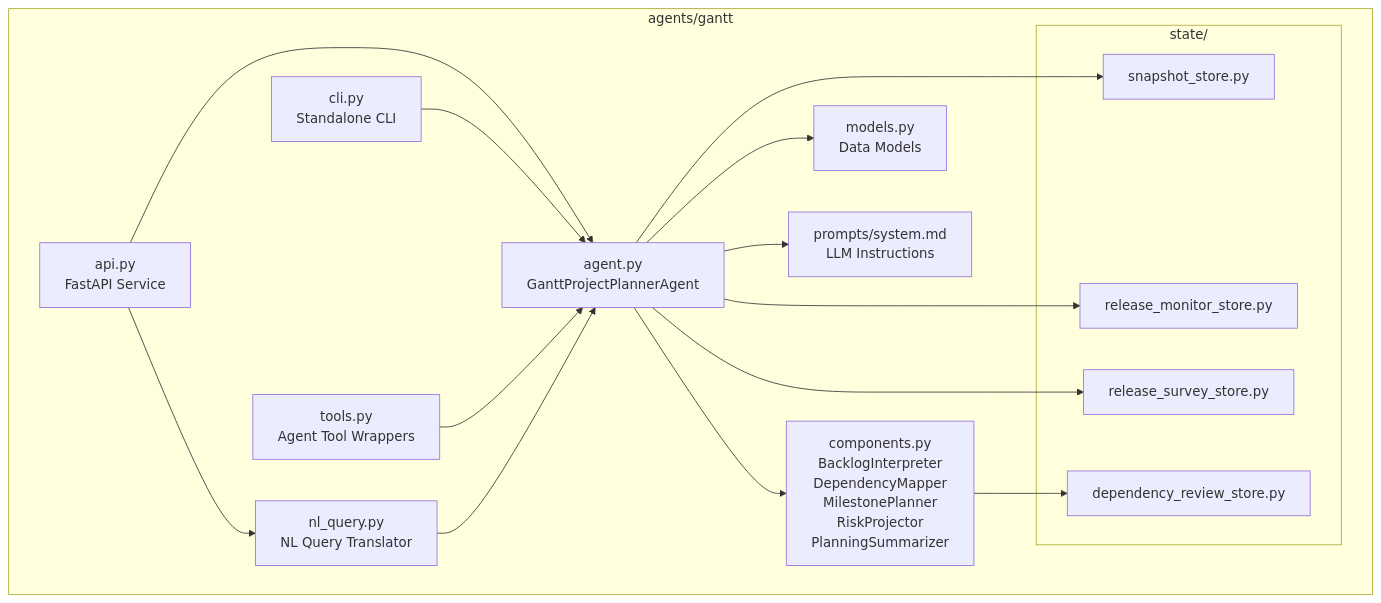
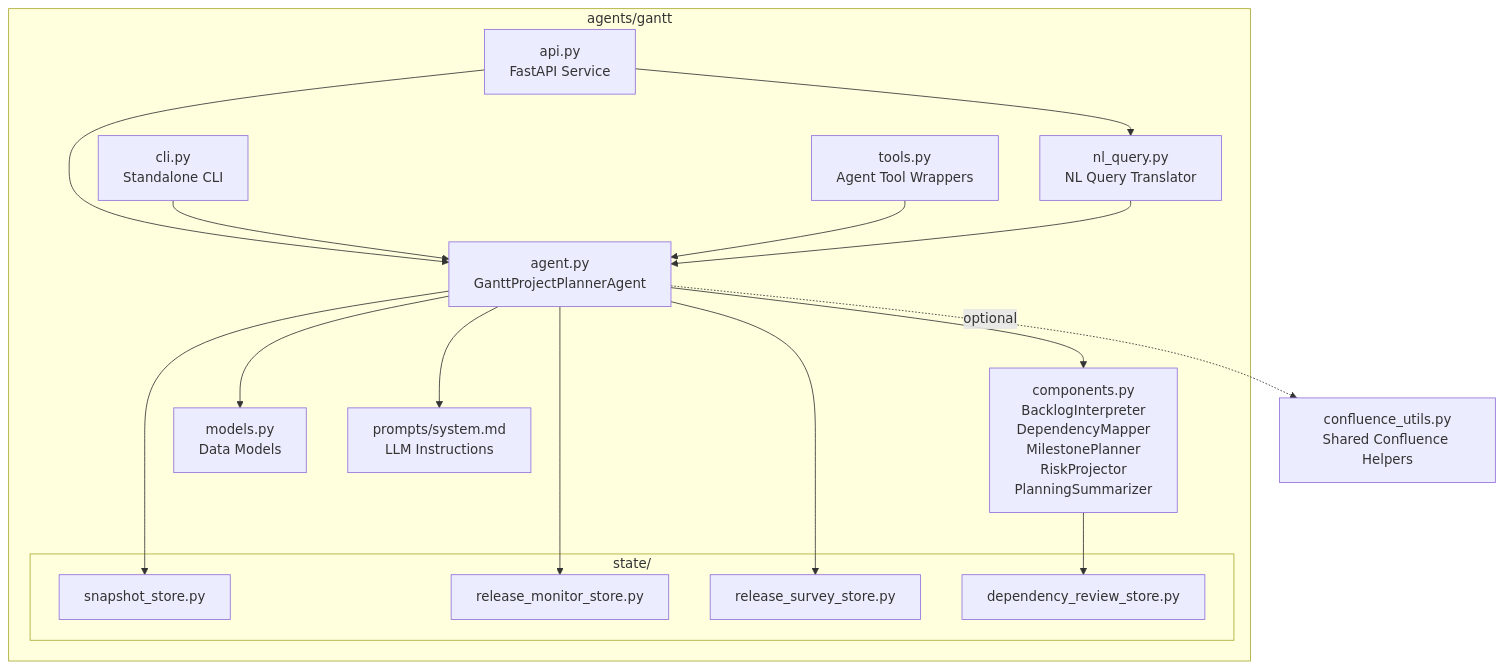
One commit to jmac-cornelis/agent-workforce changed the first of 4 diagrams in agents/gantt/docs/as-built.md. Above: the diagram before and after it, drawn with Mermaid. The commit also changed other lines of this file and 4 other files, not shown here.

````diff
--- a/agents/gantt/docs/as-built.md
+++ b/agents/gantt/docs/as-built.md
@@ -23,32 +23,35 @@
 ```mermaid
 graph TB
     subgraph "agents/gantt"
         AGENT["agent.py<br/>GanttProjectPlannerAgent"]
         API["api.py<br/>FastAPI Service"]
         CLI["cli.py<br/>Standalone CLI"]
         COMPONENTS["components.py<br/>BacklogInterpreter<br/>DependencyMapper<br/>MilestonePlanner<br/>RiskProjector<br/>PlanningSummarizer"]
         MODELS["models.py<br/>Data Models"]
         TOOLS["tools.py<br/>Agent Tool Wrappers"]
         NL["nl_query.py<br/>NL Query Translator"]
         PROMPTS["prompts/system.md<br/>LLM Instructions"]
         subgraph "state/"
             SNAP_STORE["snapshot_store.py"]
             RM_STORE["release_monitor_store.py"]
             RS_STORE["release_survey_store.py"]
             DEP_STORE["dependency_review_store.py"]
         end
     end
+    
+    CONFLUENCE["confluence_utils.py<br/>Shared Confluence Helpers"]
 
     API --> AGENT
     API --> NL
     CLI --> AGENT
     TOOLS --> AGENT
     AGENT --> COMPONENTS
     AGENT --> MODELS
     AGENT --> PROMPTS
     AGENT --> SNAP_STORE
     AGENT --> RM_STORE
     AGENT --> RS_STORE
     COMPONENTS --> DEP_STORE
     NL --> AGENT
+    AGENT -.->|optional| CONFLUENCE
 ```
````
